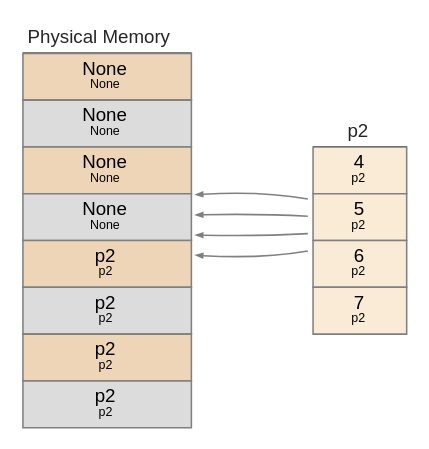
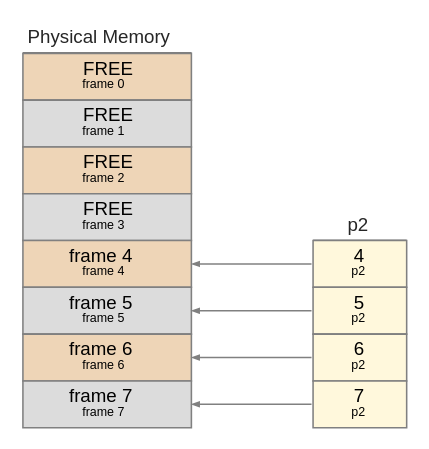
Before and after one commit to pitosalas/public-131-samples: the diagram in memsim/memsim/graphs/paged0.json.gv, drawn with Graphviz. The commit also changed 35 other files, not shown here.

```diff
--- a/memsim/memsim/graphs/paged0.json.gv
+++ b/memsim/memsim/graphs/paged0.json.gv
@@ -1,17 +1,17 @@
 digraph "memsim/graphs/paged0.json" {
 	graph [fontname=x rankdir=RL ranksep=1.0]
 	node [fontname=Helvetica fontsize=10 height=0.2 margin="0.04 0.04" shape=none width=0.4]
 	edge [arrowsize=0.4]
 	p2:0 -> physmem:4 [color=grey]
 	p2:1 -> physmem:5 [color=grey]
 	p2:2 -> physmem:6 [color=grey]
 	p2:3 -> physmem:7 [color=grey]
 	subgraph left {
-		physmem [label=<<table border="0.1" cellborder="1" cellspacing="0"><TR><TD sides="b"><font face="helvetica" color="grey15" point-size="12">Physical Memory</font></TD></TR><tr><td align="text" color="grey" bgcolor="bisque2" height="30" width="60" port="None"><font point-size="12">None</font><br></br><font point-size="8">None</font></td></tr><tr><td align="text" color="grey" bgcolor="gainsboro" height="30" width="60" port="None"><font point-size="12">None</font><br></br><font point-size="8">None</font></td></tr><tr><td align="text" color="grey" bgcolor="bisque2" height="30" width="60" port="None"><font point-size="12">None</font><br></br><font point-size="8">None</font></td></tr><tr><td align="text" color="grey" bgcolor="gainsboro" height="30" width="60" port="None"><font point-size="12">None</font><br></br><font point-size="8">None</font></td></tr><tr><td align="text" color="grey" bgcolor="bisque2" height="30" width="60" port="p2"><font point-size="12">p2</font><br></br><font point-size="8">p2</font></td></tr><tr><td align="text" color="grey" bgcolor="gainsboro" height="30" width="60" port="p2"><font point-size="12">p2</font><br></br><font point-size="8">p2</font></td></tr><tr><td align="text" color="grey" bgcolor="bisque2" height="30" width="60" port="p2"><font point-size="12">p2</font><br></br><font point-size="8">p2</font></td></tr><tr><td align="text" color="grey" bgcolor="gainsboro" height="30" width="60" port="p2"><font point-size="12">p2</font><br></br><font point-size="8">p2</font></td></tr></table>>]
+		physmem [label=<<table border="0.1" cellborder="1" cellspacing="0"><TR><TD sides="b"><font face="helvetica" color="grey15" point-size="12">Physical Memory</font></TD></TR><tr><td align="text" color="grey" bgcolor="bisque2" height="30" width="60" port="0"><font point-size="12">FREE</font><br></br><font point-size="8">frame 0</font></td></tr><tr><td align="text" color="grey" bgcolor="gainsboro" height="30" width="60" port="1"><font point-size="12">FREE</font><br></br><font point-size="8">frame 1</font></td></tr><tr><td align="text" color="grey" bgcolor="bisque2" height="30" width="60" port="2"><font point-size="12">FREE</font><br></br><font point-size="8">frame 2</font></td></tr><tr><td align="text" color="grey" bgcolor="gainsboro" height="30" width="60" port="3"><font point-size="12">FREE</font><br></br><font point-size="8">frame 3</font></td></tr><tr><td align="text" color="grey" bgcolor="bisque2" height="30" width="60" port="4"><font point-size="12">frame 4</font><br></br><font point-size="8">frame 4</font></td></tr><tr><td align="text" color="grey" bgcolor="gainsboro" height="30" width="60" port="5"><font point-size="12">frame 5</font><br></br><font point-size="8">frame 5</font></td></tr><tr><td align="text" color="grey" bgcolor="bisque2" height="30" width="60" port="6"><font point-size="12">frame 6</font><br></br><font point-size="8">frame 6</font></td></tr><tr><td align="text" color="grey" bgcolor="gainsboro" height="30" width="60" port="7"><font point-size="12">frame 7</font><br></br><font point-size="8">frame 7</font></td></tr></table>>]
 		rank=sink
 	}
 	subgraph right {
-		p2 [label=<<table border="0.1" cellborder="1" cellspacing="0"><TR><TD sides="b"><font face="helvetica" color="grey15" point-size="12">p2</font></TD></TR><tr><td align="text" color="grey" bgcolor="antiquewhite" height="30" width="60" port="44"><font point-size="12">4</font><br></br><font point-size="8">p2</font></td></tr><tr><td align="text" color="grey" bgcolor="antiquewhite" height="30" width="60" port="55"><font point-size="12">5</font><br></br><font point-size="8">p2</font></td></tr><tr><td align="text" color="grey" bgcolor="antiquewhite" height="30" width="60" port="66"><font point-size="12">6</font><br></br><font point-size="8">p2</font></td></tr><tr><td align="text" color="grey" bgcolor="antiquewhite" height="30" width="60" port="77"><font point-size="12">7</font><br></br><font point-size="8">p2</font></td></tr></table>>]
+		p2 [label=<<table border="0.1" cellborder="1" cellspacing="0"><TR><TD sides="b"><font face="helvetica" color="grey15" point-size="12">p2</font></TD></TR><tr><td align="text" color="grey" bgcolor="cornsilk" height="30" width="60" port="0"><font point-size="12">4</font><br></br><font point-size="8">p2</font></td></tr><tr><td align="text" color="grey" bgcolor="cornsilk" height="30" width="60" port="1"><font point-size="12">5</font><br></br><font point-size="8">p2</font></td></tr><tr><td align="text" color="grey" bgcolor="cornsilk" height="30" width="60" port="2"><font point-size="12">6</font><br></br><font point-size="8">p2</font></td></tr><tr><td align="text" color="grey" bgcolor="cornsilk" height="30" width="60" port="3"><font point-size="12">7</font><br></br><font point-size="8">p2</font></td></tr></table>>]
 		rank=source
 	}
 }
```
